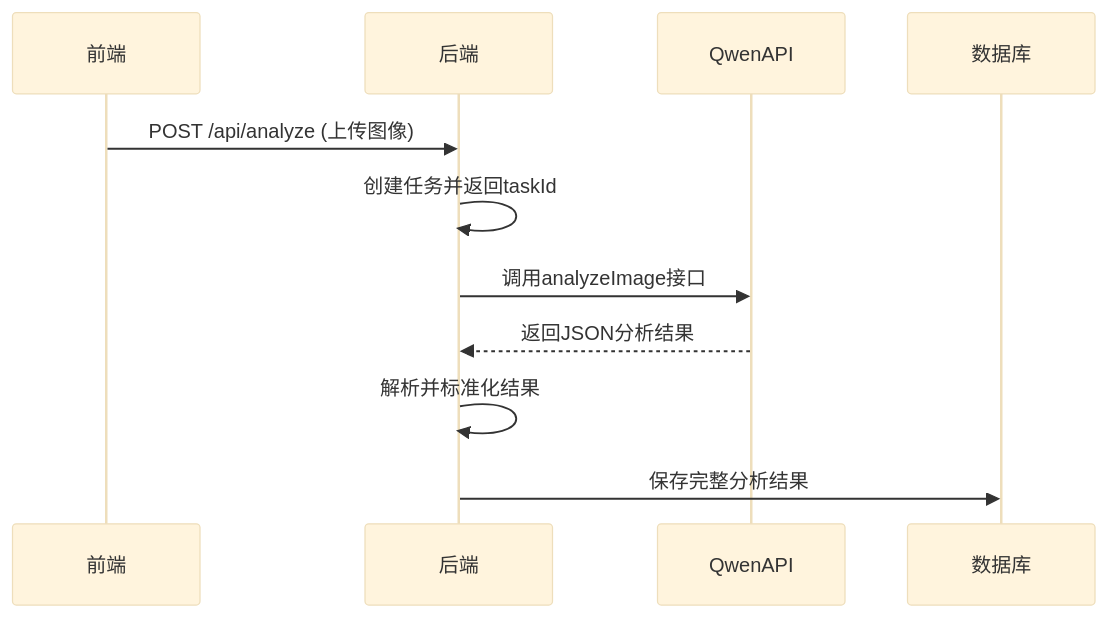
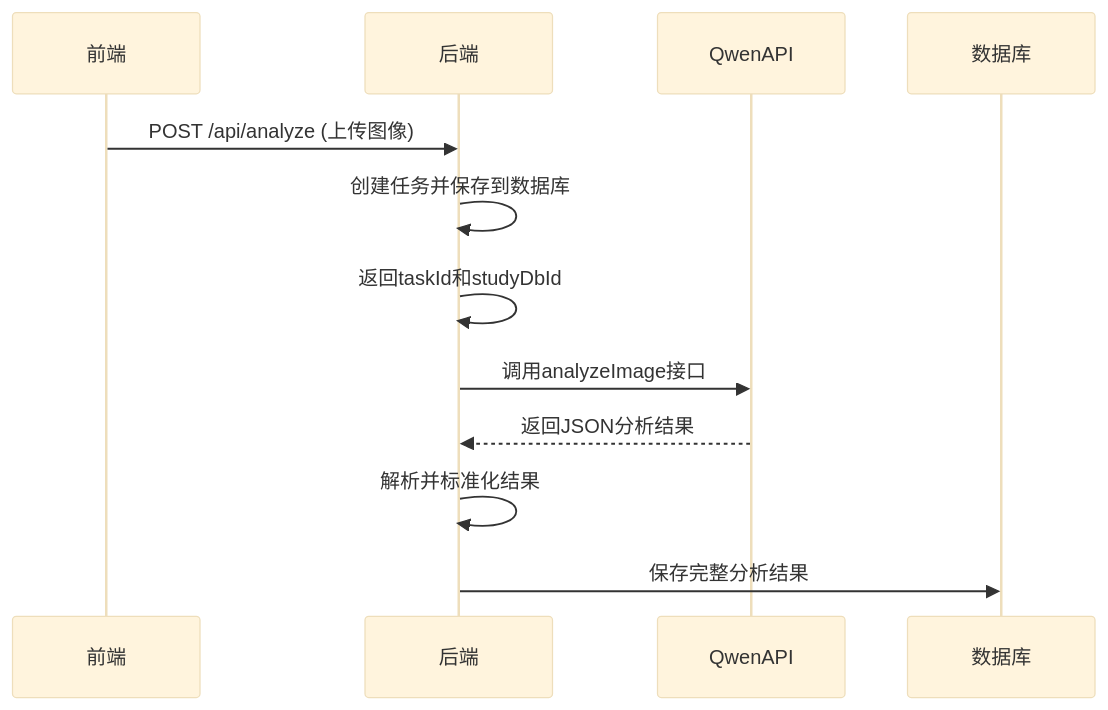
Before and after one commit to xingranya/CervixDetectAI: the second of 2 diagrams in wiki/后端架构/API端点参考/AI分析API.md, drawn with Mermaid (base theme). The commit also changed other lines of this file and 7 other files, not shown here.

First line of the commit message:
docs(api): 更新头像API文档，新增图片元数据及尺寸字段

````diff
--- a/wiki/后端架构/API端点参考/AI分析API.md
+++ b/wiki/后端架构/API端点参考/AI分析API.md
@@ -126,12 +137,13 @@
 ```mermaid
 sequenceDiagram
 participant 前端
 participant 后端
 participant QwenAPI
 前端->>后端 : POST /api/analyze (上传图像)
-后端->>后端 : 创建任务并返回taskId
+后端->>后端 : 创建任务并保存到数据库
+后端->>后端 : 返回taskId和studyDbId
 后端->>QwenAPI : 调用analyzeImage接口
 QwenAPI-->>后端 : 返回JSON分析结果
 后端->>后端 : 解析并标准化结果
 后端->>数据库 : 保存完整分析结果
 ```
````
